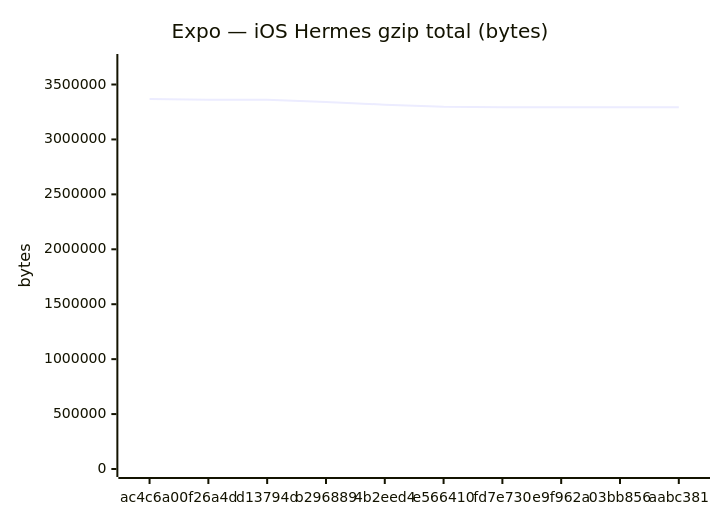
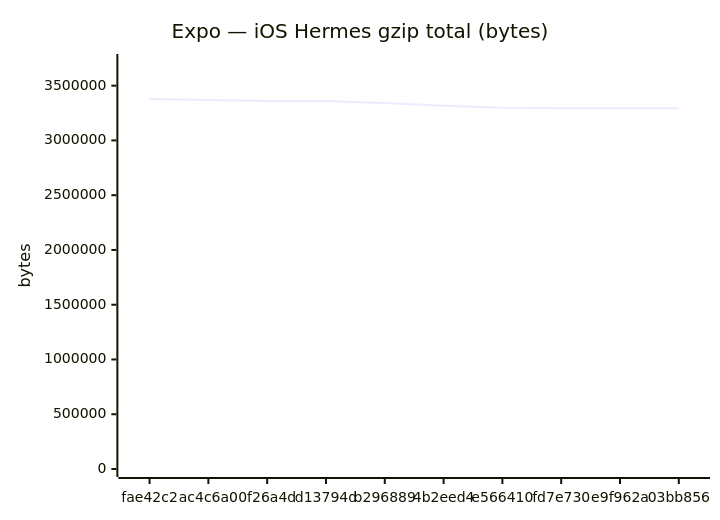
Before and after one commit to Metaheurist/Rianell: the sixth of 18 diagrams in benchmarks/compare.md, drawn with Mermaid. The commit also changed other lines of this file and 11 other files, not shown here.

````diff
--- a/benchmarks/compare.md
+++ b/benchmarks/compare.md
@@ -96,7 +96,7 @@
 ```mermaid
 xychart-beta
     title "Expo — iOS Hermes gzip total (bytes)"
-    x-axis ["ac4c6a0", "0f26a4d", "d13794d", "b296889", "4b2eed4", "e566410", "fd7e730", "e9f962a", "03bb856", "aabc381"]
-    y-axis "bytes" 0 --> 3704892
-    line [3368083, 3360774, 3360776, 3341646, 3316545, 3297734, 3293199, 3293198, 3293200, 3293409]
+    x-axis ["fae42c2", "ac4c6a0", "0f26a4d", "d13794d", "b296889", "4b2eed4", "e566410", "fd7e730", "e9f962a", "03bb856"]
+    y-axis "bytes" 0 --> 3716109
+    line [3378280, 3368083, 3360774, 3360776, 3341646, 3316545, 3297734, 3293199, 3293198, 3293200]
 ```
````
